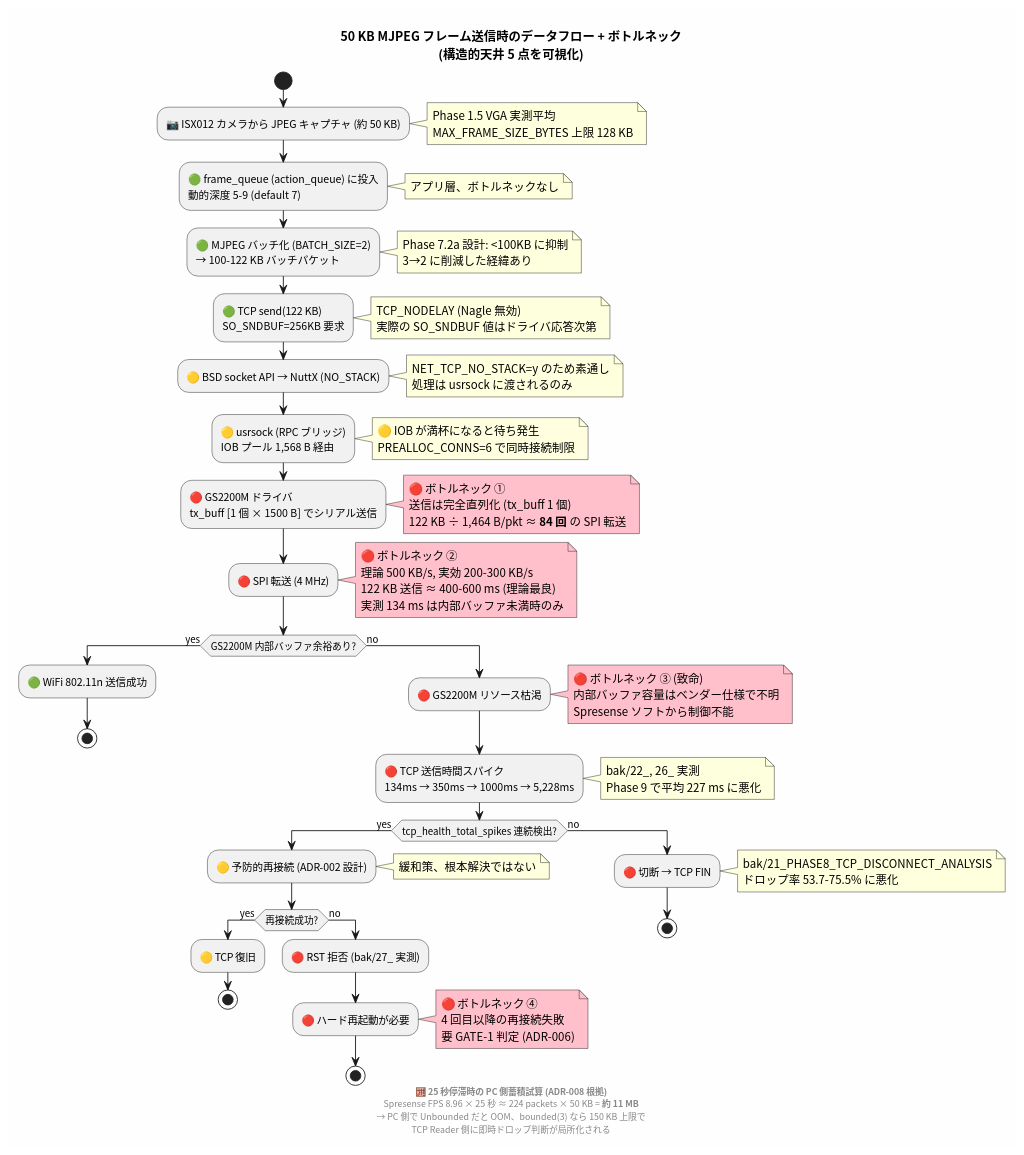
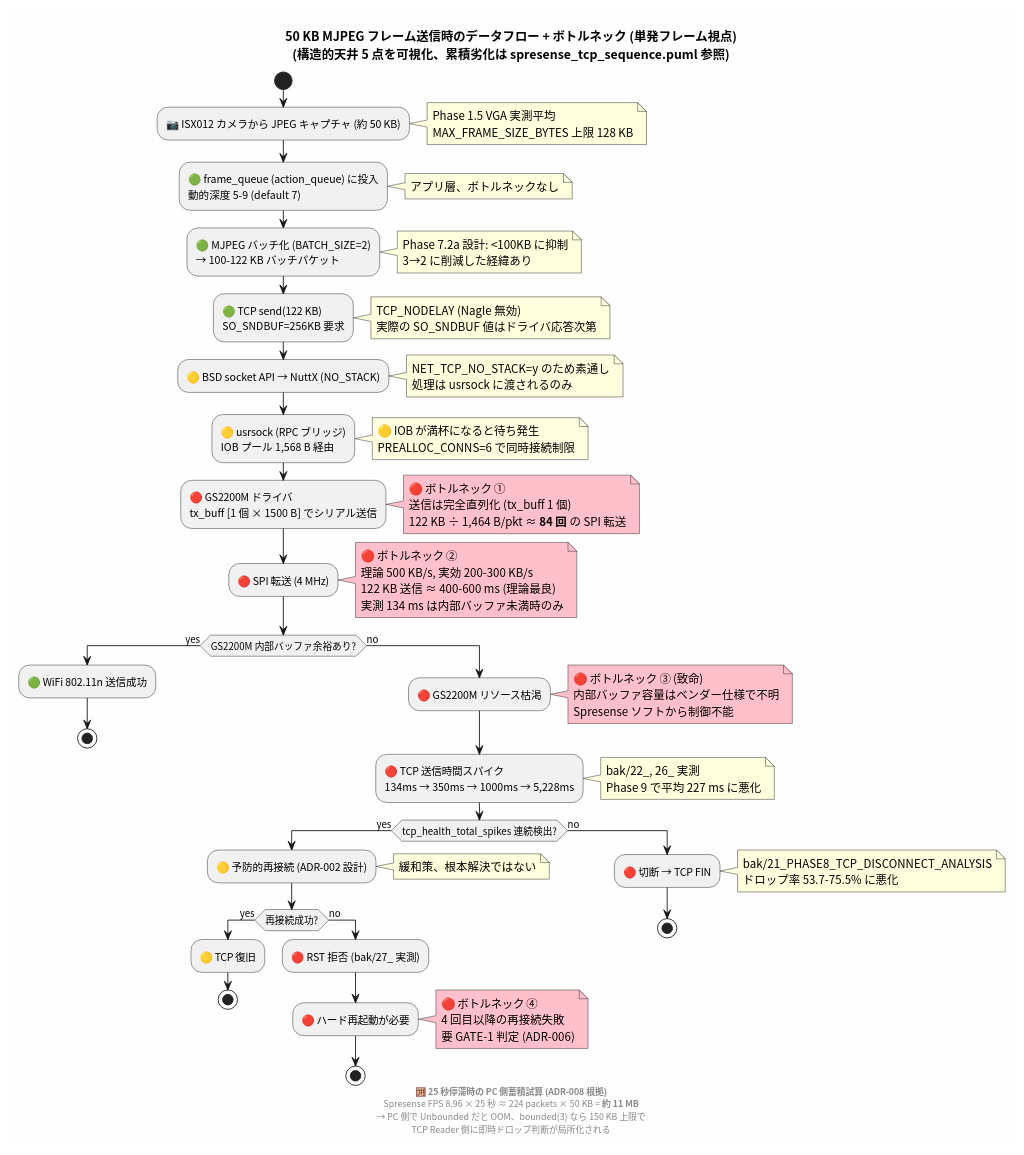
The diagram in docs/security_camera/02_specifications/architecture/spresense_tcp_dataflow_bottleneck.puml (ken11111/Spr_wk), drawn with PlantUML before and after one commit. The commit also changed 12 other files, not shown here.

First line of the commit message:
docs(spec): TCP 制約図セットを 6 枚体制に拡充 (アーキテクトレビュー反映)

```diff
--- a/docs/security_camera/02_specifications/architecture/spresense_tcp_dataflow_bottleneck.puml
+++ b/docs/security_camera/02_specifications/architecture/spresense_tcp_dataflow_bottleneck.puml
@@ -1,108 +1,113 @@
 @startuml spresense_tcp_dataflow_bottleneck
 skinparam defaultFontName "Noto Sans CJK JP"
 skinparam backgroundColor #FEFEFE
 
-title 50 KB MJPEG フレーム送信時のデータフロー + ボトルネック\n(構造的天井 5 点を可視化)
+title 50 KB MJPEG フレーム送信時のデータフロー + ボトルネック (単発フレーム視点)\n(構造的天井 5 点を可視化、累積劣化は spresense_tcp_sequence.puml 参照)
+
+' 注: 本図は 1 フレーム単発の追跡。
+' 累積負荷下の漸進劣化 (134→350→1000ms の遷移、状態変化) は
+'   spresense_tcp_sequence.puml (シーケンス図) と
+'   gs2200m_health_state_machine.puml (状態遷移図) を参照。
 
 start
 
 :📷 ISX012 カメラから JPEG キャプチャ (約 50 KB);
 note right
   Phase 1.5 VGA 実測平均
   MAX_FRAME_SIZE_BYTES 上限 128 KB
 end note
 
 :🟢 frame_queue (action_queue) に投入\n動的深度 5-9 (default 7);
 note right: アプリ層、ボトルネックなし
 
 :🟢 MJPEG バッチ化 (BATCH_SIZE=2)\n→ 100-122 KB バッチパケット;
 note right
   Phase 7.2a 設計: <100KB に抑制
   3→2 に削減した経緯あり
 end note
 
 :🟢 TCP send(122 KB)\nSO_SNDBUF=256KB 要求;
 note right
   TCP_NODELAY (Nagle 無効)
   実際の SO_SNDBUF 値はドライバ応答次第
 end note
 
 :🟡 BSD socket API → NuttX (NO_STACK);
 note right
   NET_TCP_NO_STACK=y のため素通し
   処理は usrsock に渡されるのみ
 end note
 
 :🟡 usrsock (RPC ブリッジ)\nIOB プール 1,568 B 経由;
 note right #LightYellow
   🟡 IOB が満杯になると待ち発生
   PREALLOC_CONNS=6 で同時接続制限
 end note
 
 :🔴 GS2200M ドライバ\ntx_buff [1 個 × 1500 B] でシリアル送信;
 note right #Pink
   🔴 ボトルネック ①
   送信は完全直列化 (tx_buff 1 個)
   122 KB ÷ 1,464 B/pkt ≈ **84 回** の SPI 転送
 end note
 
 :🔴 SPI 転送 (4 MHz);
 note right #Pink
   🔴 ボトルネック ②
   理論 500 KB/s, 実効 200-300 KB/s
   122 KB 送信 ≈ 400-600 ms (理論最良)
   実測 134 ms は内部バッファ未満時のみ
 end note
 
 if (GS2200M 内部バッファ余裕あり?) then (yes)
   :🟢 WiFi 802.11n 送信成功;
   stop
 else (no)
   :🔴 GS2200M リソース枯渇;
   note right #Pink
     🔴 ボトルネック ③ (致命)
     内部バッファ容量はベンダー仕様で不明
     Spresense ソフトから制御不能
   end note
 
   :🔴 TCP 送信時間スパイク\n134ms → 350ms → 1000ms → 5,228ms;
   note right
     bak/22_, 26_ 実測
     Phase 9 で平均 227 ms に悪化
   end note
 
   if (tcp_health_total_spikes 連続検出?) then (yes)
     :🟡 予防的再接続 (ADR-002 設計);
     note right: 緩和策、根本解決ではない
 
     if (再接続成功?) then (yes)
       :🟡 TCP 復旧;
       stop
     else (no)
       :🔴 RST 拒否 (bak/27_ 実測);
       :🔴 ハード再起動が必要;
       note right #Pink
         🔴 ボトルネック ④
         4 回目以降の再接続失敗
         要 GATE-1 判定 (ADR-006)
       end note
       stop
     endif
   else (no)
     :🔴 切断 → TCP FIN;
     note right
       bak/21_PHASE8_TCP_DISCONNECT_ANALYSIS
       ドロップ率 53.7-75.5% に悪化
     end note
     stop
   endif
 endif
 
 footer
   **🧮 25 秒停滞時の PC 側蓄積試算 (ADR-008 根拠)**
   Spresense FPS 8.96 × 25 秒 ≈ 224 packets × 50 KB = **約 11 MB**
   → PC 側で Unbounded だと OOM、bounded(3) なら 150 KB 上限で
     TCP Reader 側に即時ドロップ判断が局所化される
 end footer
 
 @enduml
```
